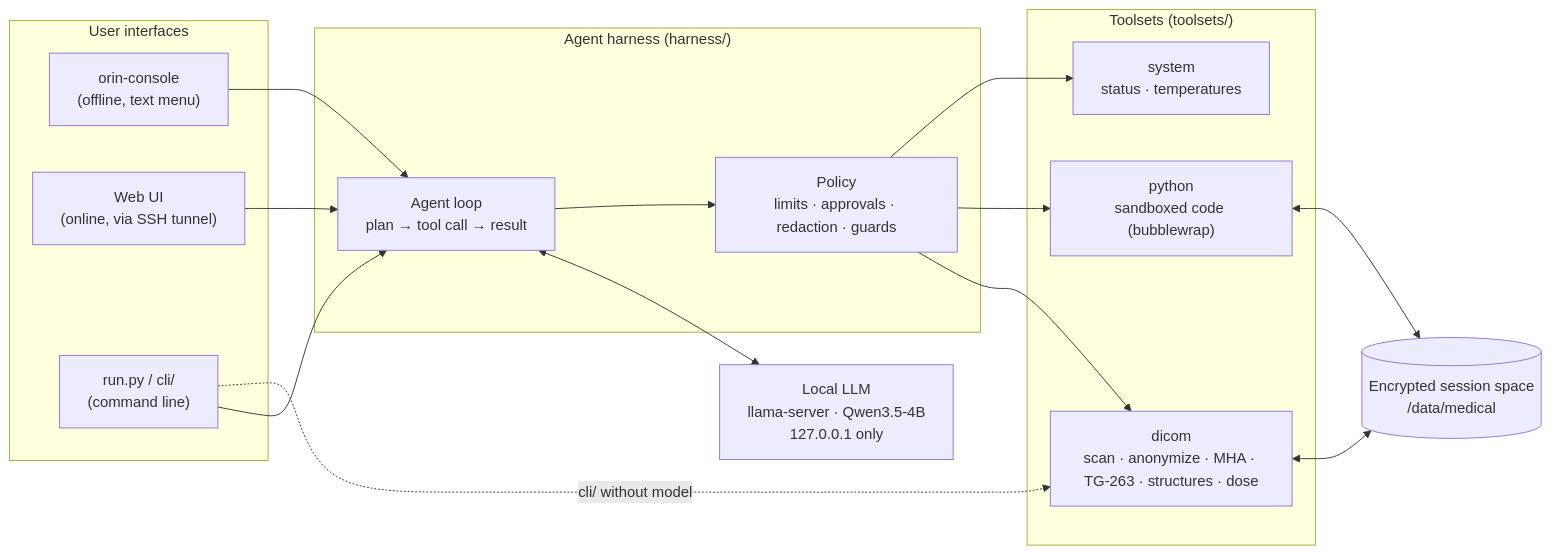
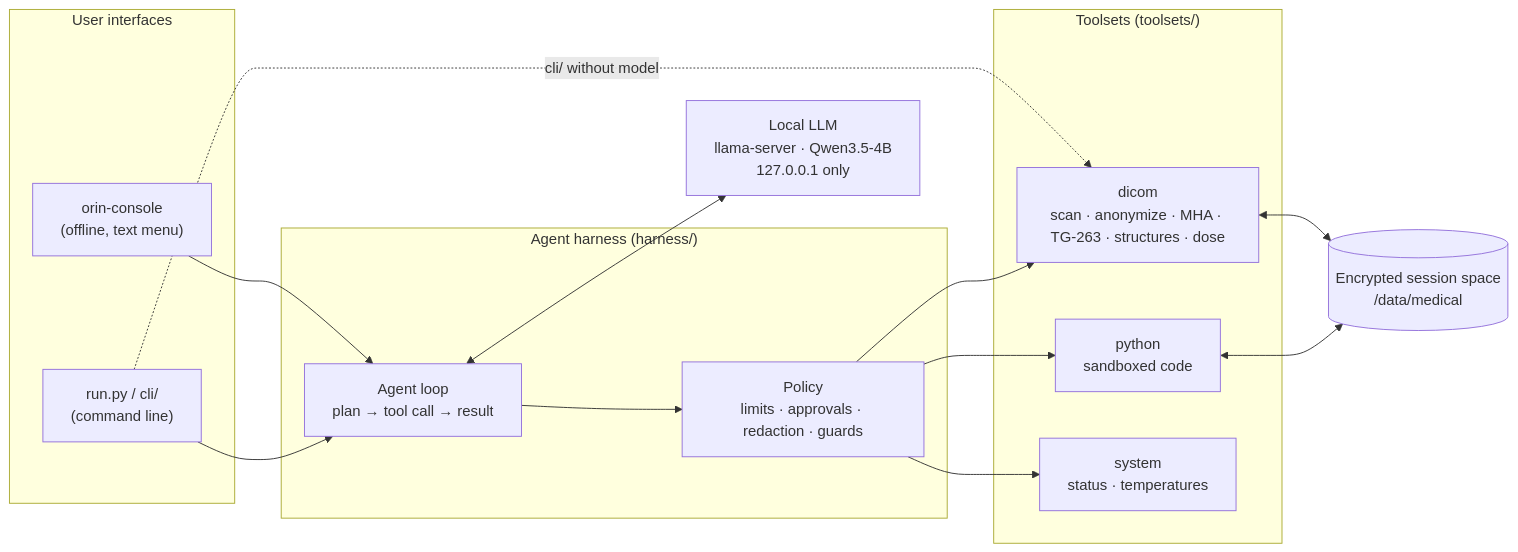
Before and after one commit to cwei42/meddata-agent: the first of 4 diagrams in README.md, drawn with Mermaid. The commit also changed other lines of this file and 17 other files, not shown here.

````diff
--- a/README.md
+++ b/README.md
@@ -42,35 +74,33 @@
 ```mermaid
 flowchart LR
     subgraph UI["User interfaces"]
         C["orin-console<br/>(offline, text menu)"]
-        W["Web UI<br/>(online, via SSH tunnel)"]
         R["run.py / cli/<br/>(command line)"]
     end
 
     subgraph H["Agent harness (harness/)"]
         L["Agent loop<br/>plan → tool call → result"]
         P["Policy<br/>limits · approvals · redaction · guards"]
     end
 
     M["Local LLM<br/>llama-server · Qwen3.5-4B<br/>127.0.0.1 only"]
 
     subgraph T["Toolsets (toolsets/)"]
         D["dicom<br/>scan · anonymize · MHA · TG-263 · structures · dose"]
-        Y["python<br/>sandboxed code (bubblewrap)"]
+        Y["python<br/>sandboxed code "]
         S["system<br/>status · temperatures"]
     end
 
     V[("Encrypted session space<br/>/data/medical")]
 
     C --> L
-    W --> L
     R --> L
     R -. "cli/ without model" .-> D
     L <--> M
     L --> P
     P --> D
     P --> Y
     P --> S
     D <--> V
     Y <--> V
 ```
````
